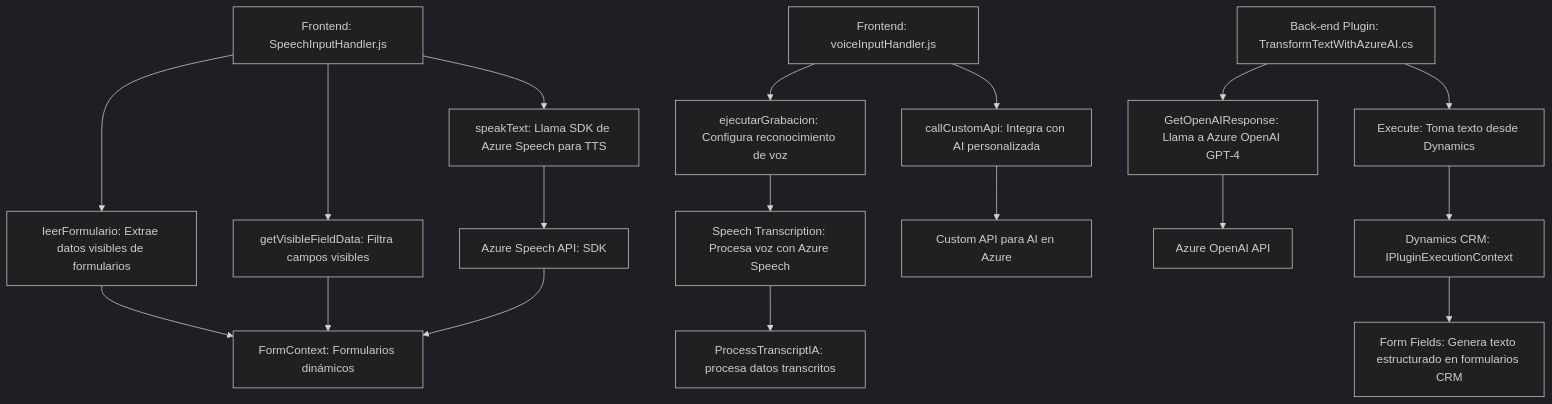
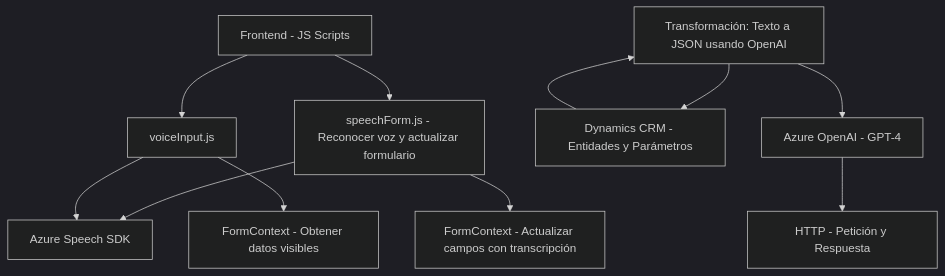
The diagram in README.md (blopezdm/NETCORE_BILBAO2025), drawn with Mermaid (dark theme) before and after one commit. The commit also changed other lines of this file, not shown here.

Commit message:
Actualizar análisis global de la solución con IA

````diff
--- a/README.md
+++ b/README.md
@@ -44,22 +31,14 @@
 ```mermaid
 graph TD
-    A["Frontend: SpeechInputHandler.js"] --> B["speakText: Llama SDK de Azure Speech para TTS"]
-    A --> C["leerFormulario: Extrae datos visibles de formularios"]
-    A --> D["getVisibleFieldData: Filtra campos visibles"]
-    B --> E["Azure Speech API: SDK"]
-    C --> F["FormContext: Formularios dinámicos"]
-    D --> F
-    E --> F
-    
-    G["Frontend: voiceInputHandler.js"] --> H["ejecutarGrabacion: Configura reconocimiento de voz"]
-    G --> I["callCustomApi: Integra con AI personalizada"]
-    H --> J["Speech Transcription: Procesa voz con Azure Speech"]
-    I --> K["Custom API para AI en Azure"]
-    J --> L["ProcessTranscriptIA: procesa datos transcritos"]
+    A["Frontend - JS Scripts"] --> B["voiceInput.js - Texto-a-Voz con SDK de Speech"]
+    A["Frontend - JS Scripts"] --> C["speechForm.js - Reconocer voz y actualizar formulario"]
+    C --> D["Azure Speech SDK"]
+    B --> D["Azure Speech SDK"]
+    B["voiceInput.js"] --> E["FormContext - Obtener datos visibles"]
+    C --> F["FormContext - Actualizar campos con transcripción"]
 
-    M["Back-end Plugin: TransformTextWithAzureAI.cs"] --> N["Execute: Toma texto desde Dynamics"]
-    M --> O["GetOpenAIResponse: Llama a Azure OpenAI GPT-4"]
-    O --> P["Azure OpenAI API"]
-    N --> Q["Dynamics CRM: IPluginExecutionContext"]
-    Q --> R["Form Fields: Genera texto estructurado en formularios CRM"]
+    G["Backend - Plugin TransformTextWithAzureAI"] --> H["Dynamics CRM - Entidades y Parámetros"]
+    H --> G["Transformación: Texto a JSON usando OpenAI"]
+    G --> I["Azure OpenAI - GPT-4"]
+    I --> J["HTTP - Petición y Respuesta"]
 ```
````
